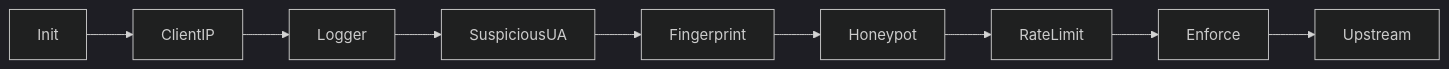
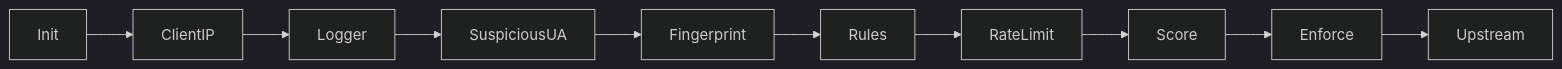
The second of 7 diagrams in README.md (fharias/guardian-scrapy), drawn with Mermaid (dark theme) before and after one commit. The commit also changed other lines of this file, not shown here.

````diff
--- a/README.md
+++ b/README.md
@@ -46,4 +50,4 @@
 ```mermaid
 flowchart LR
-  init[Init] --> ip[ClientIP] --> logger[Logger] --> ua[SuspiciousUA] --> fp[Fingerprint] --> honey[Honeypot] --> limite[RateLimit] --> enforce[Enforce] --> origen[Upstream]
+  init[Init] --> ip[ClientIP] --> logger[Logger] --> ua[SuspiciousUA] --> fp[Fingerprint] --> rules[Rules] --> limite[RateLimit] --> score[Score] --> enforce[Enforce] --> origen[Upstream]
 ```
````
